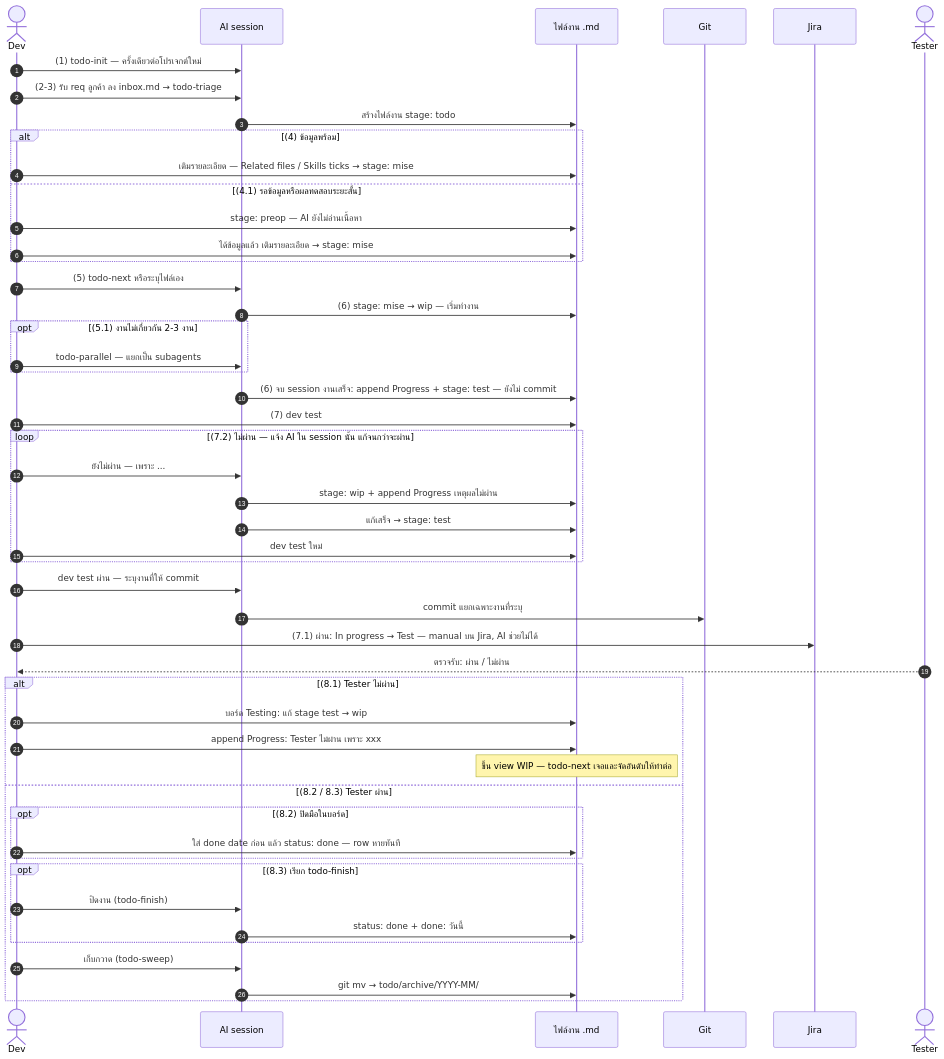
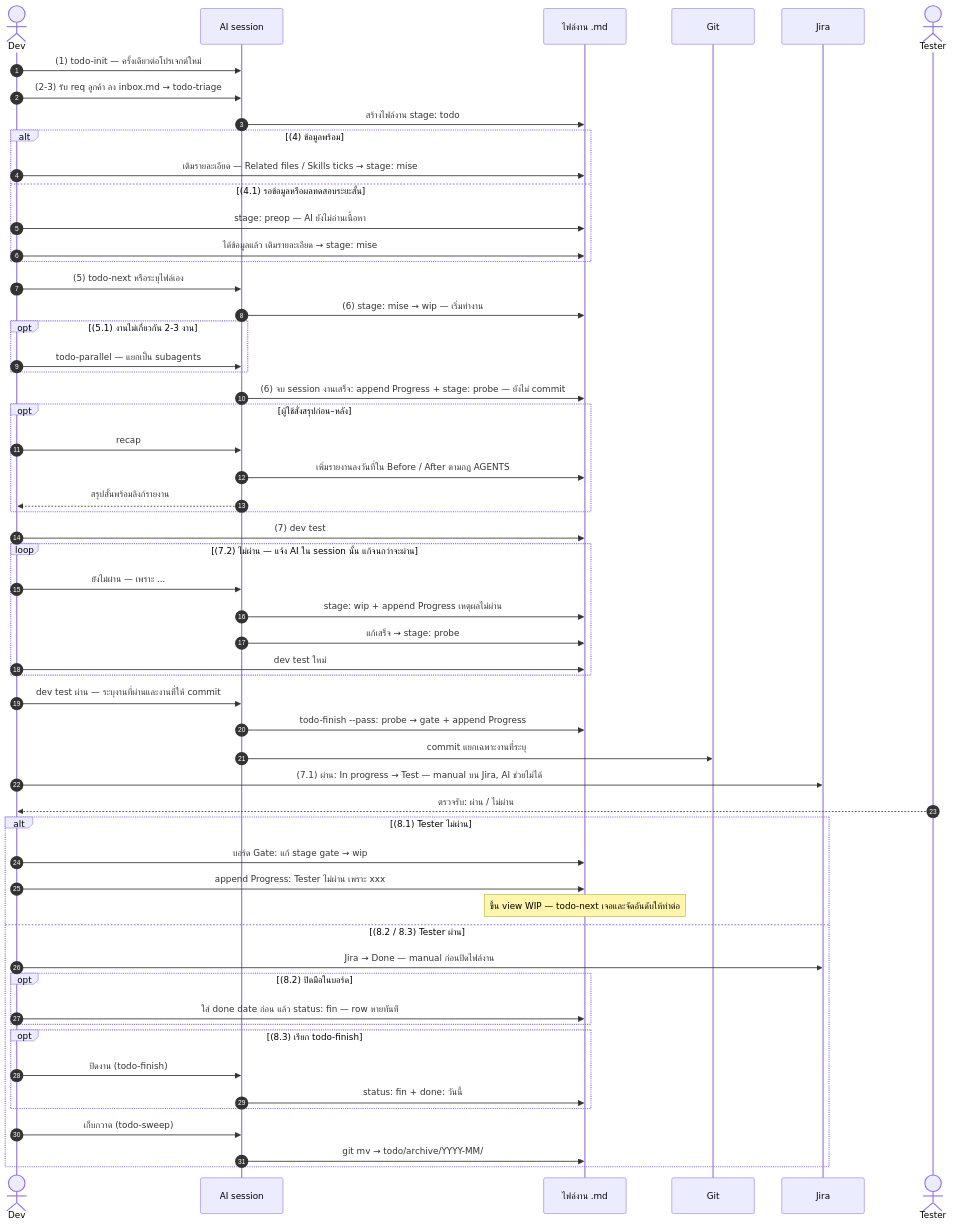
The diagram in assets/todo-scenario-th.mmd (T5ive/t5ive-skills), drawn with Mermaid before and after one commit. The commit also changed 22 other files, not shown here.

First line of the commit message:
feat(✨skills): เพิ่ม recap และปรับ workflow todo เป็น probe/gate/fin

```diff
--- a/assets/todo-scenario-th.mmd
+++ b/assets/todo-scenario-th.mmd
@@ -1,50 +1,57 @@
 sequenceDiagram
     autonumber
     actor Dev
     participant AI as AI session
     participant F as ไฟล์งาน .md
     participant G as Git
     participant J as Jira
     actor T as Tester
 
     Dev->>AI: (1) todo-init — ครั้งเดียวต่อโปรเจกต์ใหม่
     Dev->>AI: (2-3) รับ req ลูกค้า ลง inbox.md → todo-triage
     AI->>F: สร้างไฟล์งาน stage: todo
     alt (4) ข้อมูลพร้อม
         Dev->>F: เติมรายละเอียด — Related files / Skills ticks → stage: mise
     else (4.1) รอข้อมูลหรือผลทดสอบระยะสั้น
         Dev->>F: stage: preop — AI ยังไม่อ่านเนื้อหา
         Dev->>F: ได้ข้อมูลแล้ว เติมรายละเอียด → stage: mise
     end
     Dev->>AI: (5) todo-next หรือระบุไฟล์เอง
     AI->>F: (6) stage: mise → wip — เริ่มทำงาน
     opt (5.1) งานไม่เกี่ยวกัน 2-3 งาน
         Dev->>AI: todo-parallel — แยกเป็น subagents
     end
-    AI->>F: (6) จบ session งานเสร็จ: append Progress + stage: test — ยังไม่ commit
+    AI->>F: (6) จบ session งานเสร็จ: append Progress + stage: probe — ยังไม่ commit
+    opt ผู้ใช้สั่งสรุปก่อน–หลัง
+        Dev->>AI: recap
+        AI->>F: เพิ่มรายงานลงวันที่ใน Before / After ตามกฎ AGENTS
+        AI-->>Dev: สรุปสั้นพร้อมลิงก์รายงาน
+    end
     Dev->>F: (7) dev test
     loop (7.2) ไม่ผ่าน — แจ้ง AI ใน session นั้น แก้จนกว่าจะผ่าน
         Dev->>AI: ยังไม่ผ่าน — เพราะ ...
         AI->>F: stage: wip + append Progress เหตุผลไม่ผ่าน
-        AI->>F: แก้เสร็จ → stage: test
+        AI->>F: แก้เสร็จ → stage: probe
         Dev->>F: dev test ใหม่
     end
-    Dev->>AI: dev test ผ่าน — ระบุงานที่ให้ commit
+    Dev->>AI: dev test ผ่าน — ระบุงานที่ผ่านและงานที่ให้ commit
+    AI->>F: todo-finish --pass: probe → gate + append Progress
     AI->>G: commit แยกเฉพาะงานที่ระบุ
     Dev->>J: (7.1) ผ่าน: In progress → Test — manual บน Jira, AI ช่วยไม่ได้
     T-->>Dev: ตรวจรับ: ผ่าน / ไม่ผ่าน
     alt (8.1) Tester ไม่ผ่าน
-        Dev->>F: บอร์ด Testing: แก้ stage test → wip
+        Dev->>F: บอร์ด Gate: แก้ stage gate → wip
         Dev->>F: append Progress: Tester ไม่ผ่าน เพราะ xxx
         Note over F: ขึ้น view WIP — todo-next เจอและจัดอันดับให้ทำต่อ
     else (8.2 / 8.3) Tester ผ่าน
+        Dev->>J: Jira → Done — manual ก่อนปิดไฟล์งาน
         opt (8.2) ปิดมือในบอร์ด
-            Dev->>F: ใส่ done date ก่อน แล้ว status: done — row หายทันที
+            Dev->>F: ใส่ done date ก่อน แล้ว status: fin — row หายทันที
         end
         opt (8.3) เรียก todo-finish
             Dev->>AI: ปิดงาน (todo-finish)
-            AI->>F: status: done + done: วันนี้
+            AI->>F: status: fin + done: วันนี้
         end
         Dev->>AI: เก็บกวาด (todo-sweep)
         AI->>F: git mv → todo/archive/YYYY-MM/
     end
```
